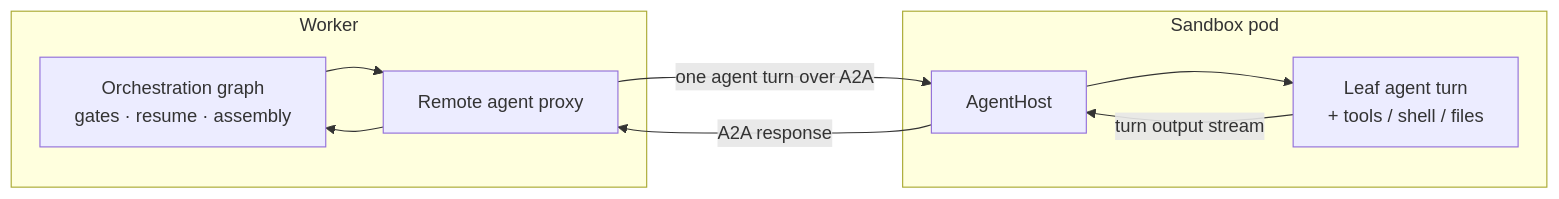
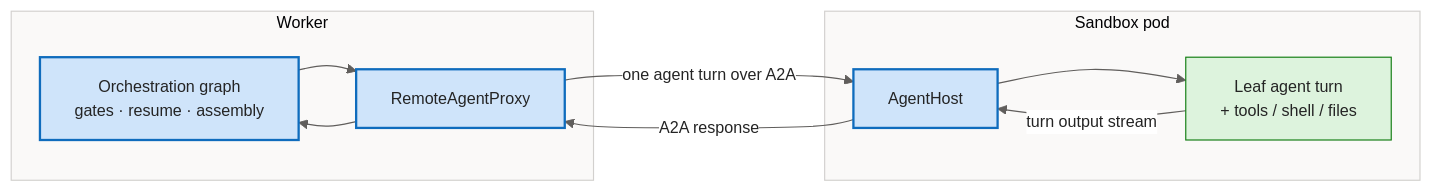
One commit to sabbour/agentweaver changed the fourth of 5 diagrams in docs/deep-dive/agent-communication.md. Above: the diagram before and after it, drawn with Mermaid. The commit also changed other lines of this file and 13 other files, not shown here.

````diff
--- a/docs/deep-dive/agent-communication.md
+++ b/docs/deep-dive/agent-communication.md
@@ -222,17 +275,30 @@
 ```mermaid
+%%{init: {'theme':'base','themeVariables':{'fontFamily':'Segoe UI, system-ui, -apple-system, sans-serif','fontSize':'14px','primaryColor':'#E8EEF9','primaryBorderColor':'#0F6CBD','primaryTextColor':'#242424','lineColor':'#605E5C','clusterBkg':'#FAF9F8','clusterBorder':'#D2D0CE','edgeLabelBackground':'#FFFFFF'}}}%%
 flowchart LR
-    subgraph Worker
-        WF[Orchestration graph\ngates · resume · assembly]
-        RP[Remote agent proxy]
+    subgraph Worker["Worker"]
+        WF["Orchestration graph<br/>gates · resume · assembly"]
+        RP["RemoteAgentProxy"]
     end
-    subgraph Pod[Sandbox pod]
-        AH[AgentHost]
-        AG[Leaf agent turn\n+ tools / shell / files]
+    subgraph Pod["Sandbox pod"]
+        AH["AgentHost"]
+        AG["Leaf agent turn<br/>+ tools / shell / files"]
     end
     WF --> RP
-    RP -- one agent turn over A2A --> AH
+    RP -- "one agent turn over A2A" --> AH
     AH --> AG
-    AG -- turn output stream --> AH
-    AH -- A2A response --> RP
+    AG -- "turn output stream" --> AH
+    AH -- "A2A response" --> RP
     RP --> WF
+
+    classDef client fill:#E8EEF9,stroke:#0F6CBD,stroke-width:1px,color:#242424;
+    classDef svc fill:#F3F2F1,stroke:#8A8886,stroke-width:1px,color:#242424;
+    classDef core fill:#CFE4FA,stroke:#0F6CBD,stroke-width:2px,color:#242424;
+    classDef data fill:#FFF4CE,stroke:#C19C00,stroke-width:1px,color:#242424;
+    classDef ext fill:#F0E8F8,stroke:#8764B8,stroke-width:1px,color:#242424;
+    classDef runtime fill:#DDF3DD,stroke:#107C10,stroke-width:1px,color:#242424;
+    classDef evt fill:#D6F0F0,stroke:#038387,stroke-width:1px,color:#242424;
+    class WF core;
+    class RP core;
+    class AH core;
+    class AG runtime;
 ```
````
